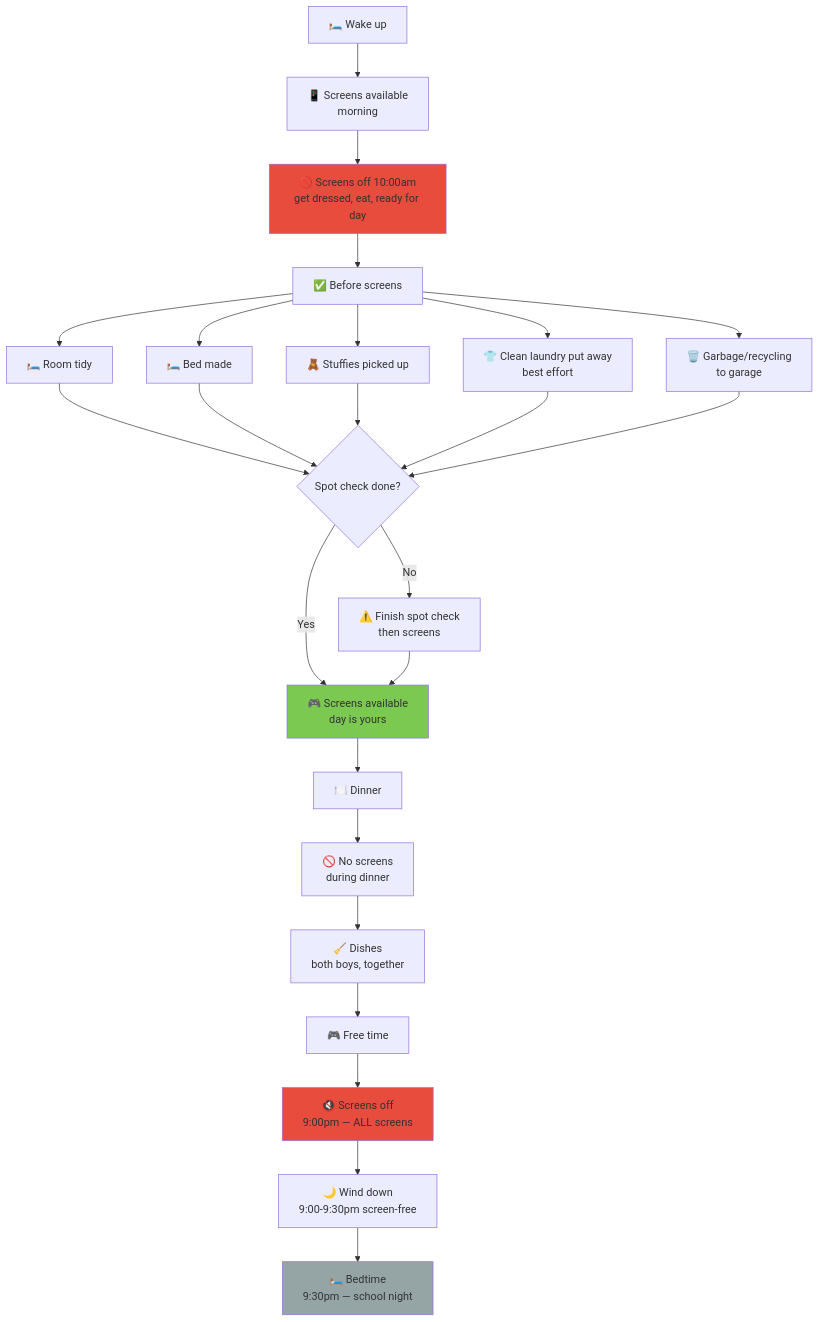
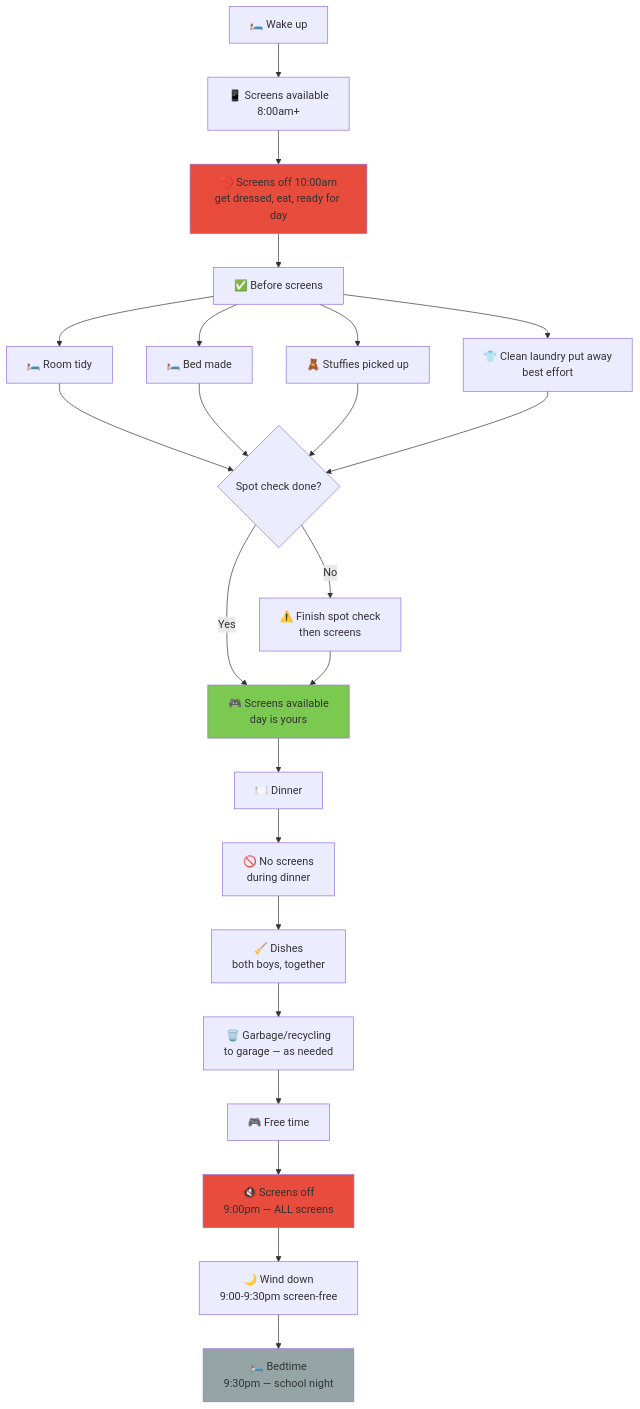
One commit to ajass/technology-reset changed the diagram in day-types/03-sunday.md. Above: the diagram before and after it, drawn with Mermaid. The commit also changed other lines of this file and 7 other files, not shown here.

Commit message:
Garbage is part of floor not screen gate (after dishes/as needed), screens available at 8am noted, diagrams updated

````diff
--- a/day-types/03-sunday.md
+++ b/day-types/03-sunday.md
@@ -7,31 +7,30 @@
 ```mermaid
 flowchart TD
-    A["🛏️ Wake up"] --> B["📱 Screens available<br/>morning"]
+    A["🛏️ Wake up"] --> B["📱 Screens available<br/>8:00am+"]
     B --> C["🚫 Screens off 10:00am<br/>get dressed, eat, ready for day"]
     C --> D["✅ Before screens"]
     D --> D1["🛏️ Room tidy"]
     D --> D2["🛏️ Bed made"]
     D --> D3["🧸 Stuffies picked up"]
     D --> D4["👕 Clean laundry put away<br/>best effort"]
-    D --> D5["🗑️ Garbage/recycling<br/>to garage"]
     D1 --> E{"Spot check done?"}
     D2 --> E
     D3 --> E
     D4 --> E
-    D5 --> E
     E -->|Yes| F["🎮 Screens available<br/>day is yours"]
     E -->|No| G["⚠️ Finish spot check<br/>then screens"]
     G --> F
     F --> H["🍽️ Dinner"]
     H --> I["🚫 No screens<br/>during dinner"]
     I --> J["🧹 Dishes<br/>both boys, together"]
-    J --> K["🎮 Free time"]
-    K --> L["🔇 Screens off<br/>9:00pm — ALL screens"]
-    L --> M["🌙 Wind down<br/>9:00-9:30pm screen-free"]
-    M --> N["🛏️ Bedtime<br/>9:30pm — school night"]
+    J --> K["🗑️ Garbage/recycling<br/>to garage — as needed"]
+    K --> L["🎮 Free time"]
+    L --> M["🔇 Screens off<br/>9:00pm — ALL screens"]
+    M --> N["🌙 Wind down<br/>9:00-9:30pm screen-free"]
+    N --> O["🛏️ Bedtime<br/>9:30pm — school night"]
 
     style C fill:#e74c3c
     style F fill:#7bc950
-    style L fill:#e74c3c
-    style N fill:#95a5a6
+    style M fill:#e74c3c
+    style O fill:#95a5a6
 ```
````
